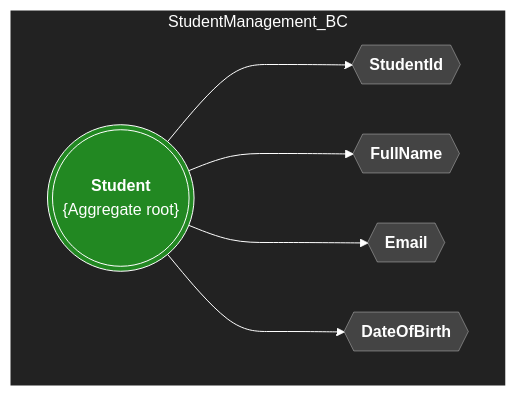
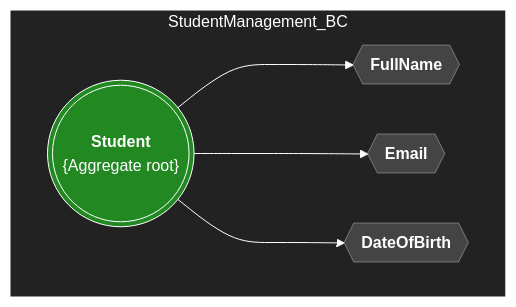
Before and after one commit to litoralcreativo/AkataAcademy: the fourth of 4 diagrams in Domain/readme.md, drawn with Mermaid. The commit also changed other lines of this file, not shown here.

Commit message:
Refactor: Remove StudentId as Value Object in docs
Updated the **Student Management BC** section in `readme.md`:
- Removed `StudentId` as a Value Object in the textual description.
- Updated the flowchart to exclude the `StudentId` node and its connection to the `Student` aggregate root.

These changes simplify the model by focusing on the remaining Value Objects: `FullName`, `Email`, and `DateOfBirth`.

````diff
--- a/Domain/readme.md
+++ b/Domain/readme.md
@@ -138,17 +138,16 @@
 ```mermaid
 flowchart RL
     style StudentManagement_BC fill:#222, color:#FFF, stroke:#FFF
     classDef A fill:#282, stroke:#FFF, color:#FFF
     classDef V fill:#444, stroke:#FFF5, color:#FFF
     linkStyle default stroke:#FFF
 
     subgraph StudentManagement_BC
         direction LR
         S@{ shape: dbl-circ, label: "<b>Student</b><br>{Aggregate root}", class:"A" }
-        Si@{ shape: hex, label: "<b>StudentId</b>" }
         Fn@{ shape: hex, label: "<b>FullName</b>" }
         Em@{ shape: hex, label: "<b>Email</b>" }
         Dob@{ shape: hex, label: "<b>DateOfBirth</b>" }
-        S:::A ---> Si:::V & Fn:::V & Em:::V & Dob:::V
+        S:::A ---> Fn:::V & Em:::V & Dob:::V
     end
 ```
````
